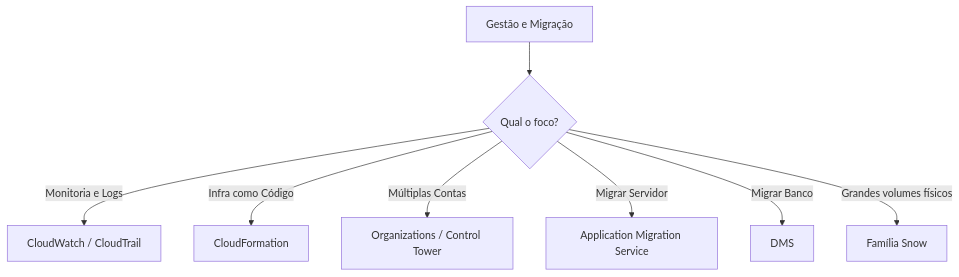
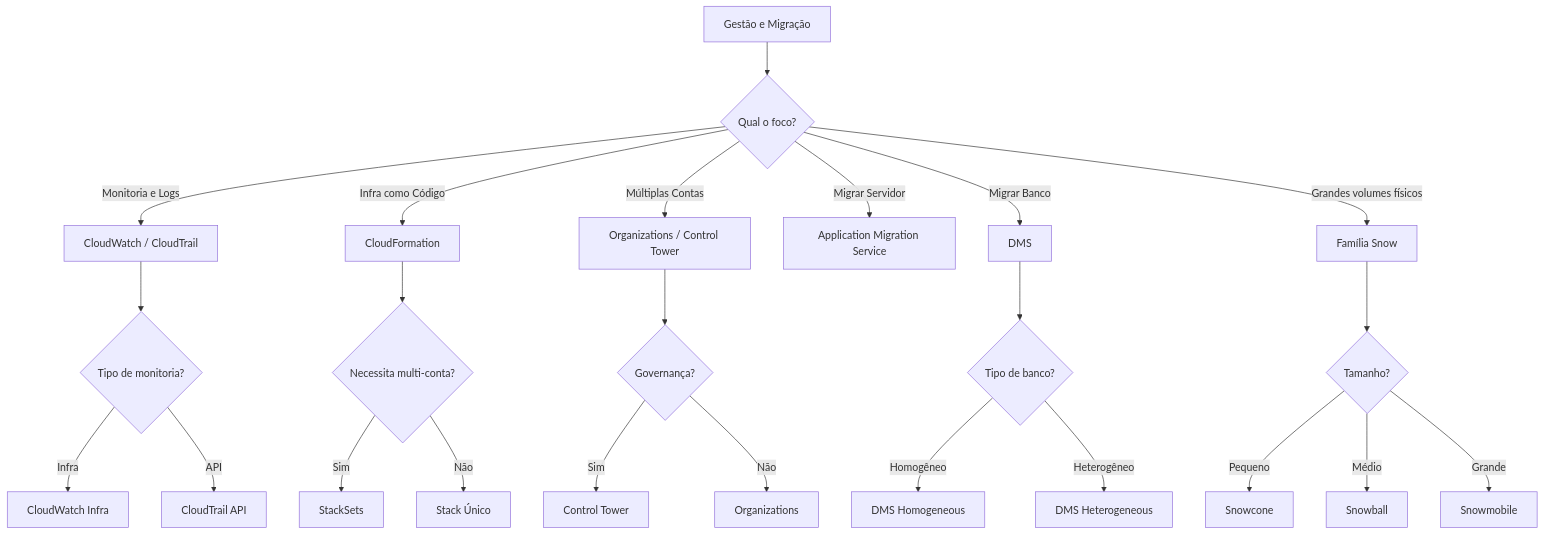
The eighth of 10 diagrams in FlashCards/Web/wwwroot/minimal/decision-trees-aws-services.md (marcelooliveira/flashcards-aws), drawn with Mermaid before and after one commit. The commit also changed other lines of this file, not shown here.

````diff
--- a/FlashCards/Web/wwwroot/minimal/decision-trees-aws-services.md
+++ b/FlashCards/Web/wwwroot/minimal/decision-trees-aws-services.md
@@ -102,10 +216,26 @@
 ```mermaid
 graph TD
     A[Gestão e Migração] --> B{Qual o foco?}
     B -- Monitoria e Logs --> C[CloudWatch / CloudTrail]
+    C --> C1{Tipo de monitoria?}
+    C1 -- Infra --> C2[CloudWatch Infra]
+    C1 -- API --> C3[CloudTrail API]
     B -- Infra como Código --> D[CloudFormation]
+    D --> D1{Necessita multi-conta?}
+    D1 -- Sim --> D2[StackSets]
+    D1 -- Não --> D3[Stack Único]
     B -- Múltiplas Contas --> E[Organizations / Control Tower]
+    E --> E1{Governança?}
+    E1 -- Sim --> E2[Control Tower]
+    E1 -- Não --> E3[Organizations]
     B -- Migrar Servidor --> F[Application Migration Service]
     B -- Migrar Banco --> G[DMS]
+    G --> G1{Tipo de banco?}
+    G1 -- Homogêneo --> G2[DMS Homogeneous]
+    G1 -- Heterogêneo --> G3[DMS Heterogeneous]
     B -- Grandes volumes físicos --> H[Família Snow]
+    H --> H1{Tamanho?}
+    H1 -- Pequeno --> H2[Snowcone]
+    H1 -- Médio --> H3[Snowball]
+    H1 -- Grande --> H4[Snowmobile]
 ```
````
